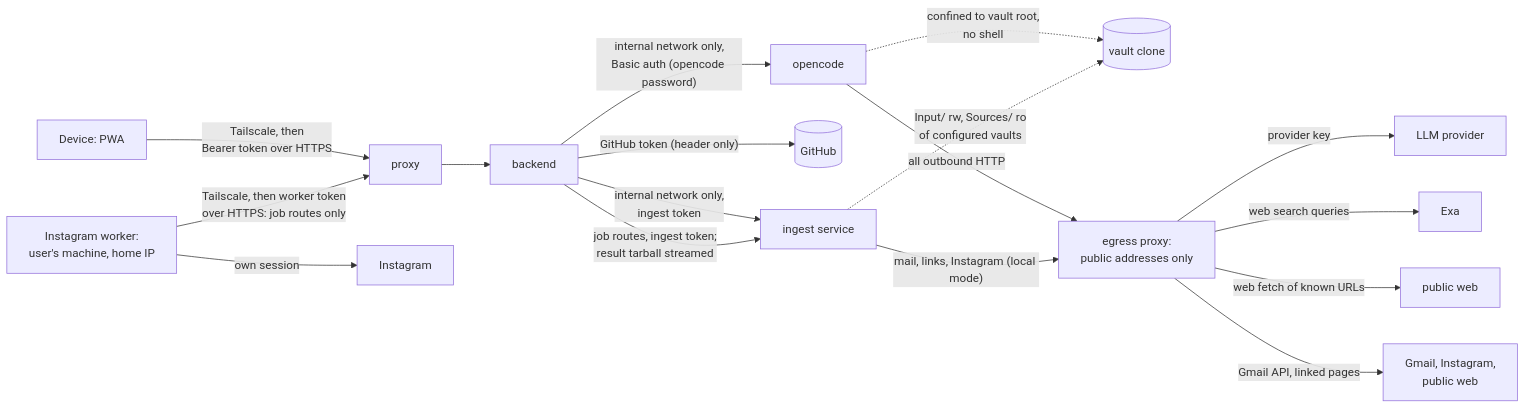
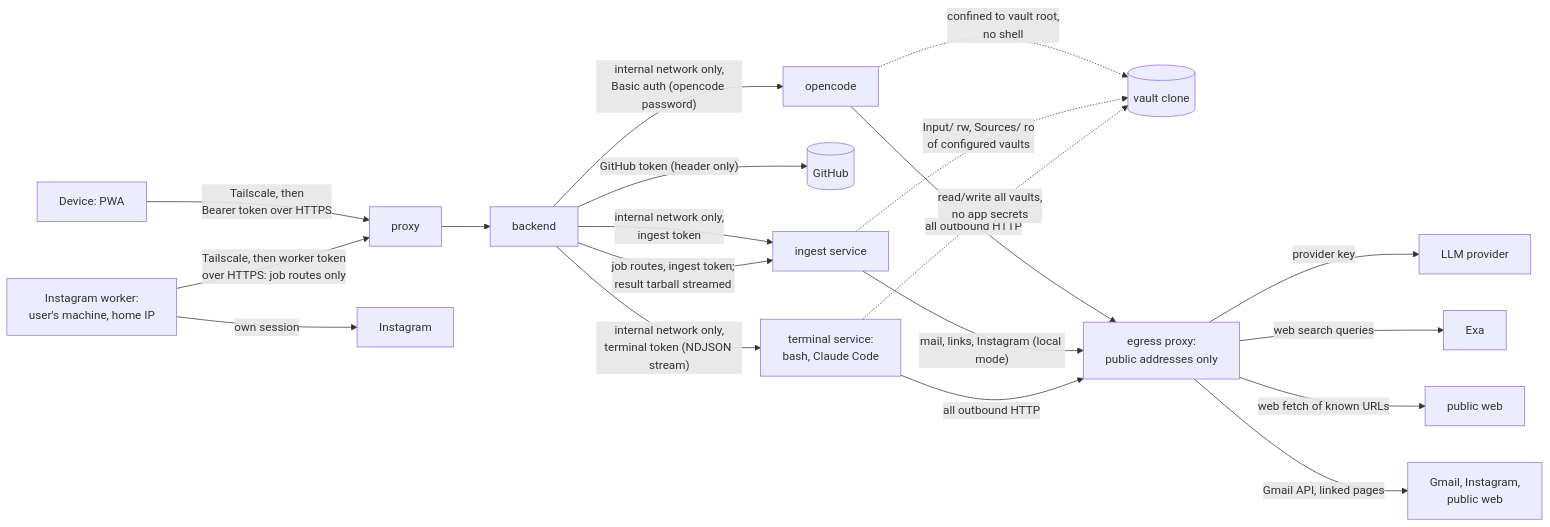
Before and after one commit to tillg/karpathy.app: the diagram in specs/system/security.md, drawn with Mermaid. The commit also changed other lines of this file and 25 other files, not shown here.

First line of the commit message:
Terminal panel in the app; secret-scan record out of the clone; docs (#175)

````diff
--- a/specs/system/security.md
+++ b/specs/system/security.md
@@ -15,19 +15,22 @@
 ```mermaid
 flowchart LR
   D[Device: PWA] -- "Tailscale, then<br/>Bearer token over HTTPS" --> P[proxy]
   P --> B[backend]
   B -- "internal network only,<br/>Basic auth (opencode password)" --> O[opencode]
   O -. "confined to vault root,<br/>no shell" .-> V[(vault clone)]
   B -- "GitHub token (header only)" --> GH[(GitHub)]
   O -- "all outbound HTTP" --> E[egress proxy:<br/>public addresses only]
   E -- "provider key" --> LLM[LLM provider]
   E -- "web search queries" --> EXA[Exa]
   E -- "web fetch of known URLs" --> WEB[public web]
   B -- "internal network only,<br/>ingest token" --> I[ingest service]
   I -. "Input/ rw, Sources/ ro<br/>of configured vaults" .-> V
   I -- "mail, links, Instagram (local mode)" --> E
   E -- "Gmail API, linked pages" --> MW[Gmail, Instagram,<br/>public web]
   W[Instagram worker:<br/>user's machine, home IP] -- "Tailscale, then worker token<br/>over HTTPS: job routes only" --> P
   W -- "own session" --> IG[Instagram]
   B -- "job routes, ingest token;<br/>result tarball streamed" --> I
+  B -- "internal network only,<br/>terminal token (NDJSON stream)" --> T[terminal service:<br/>bash, Claude Code]
+  T -. "read/write all vaults,<br/>no app secrets" .-> V
+  T -- "all outbound HTTP" --> E
 ```
````
